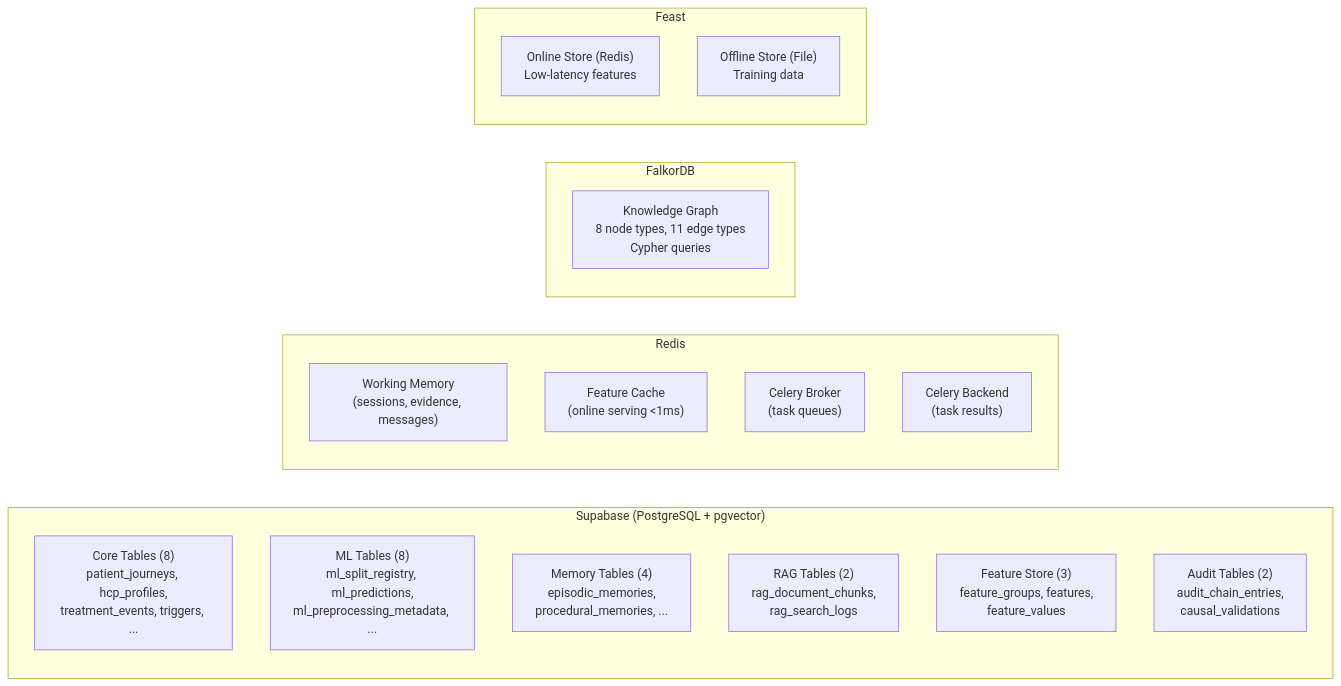
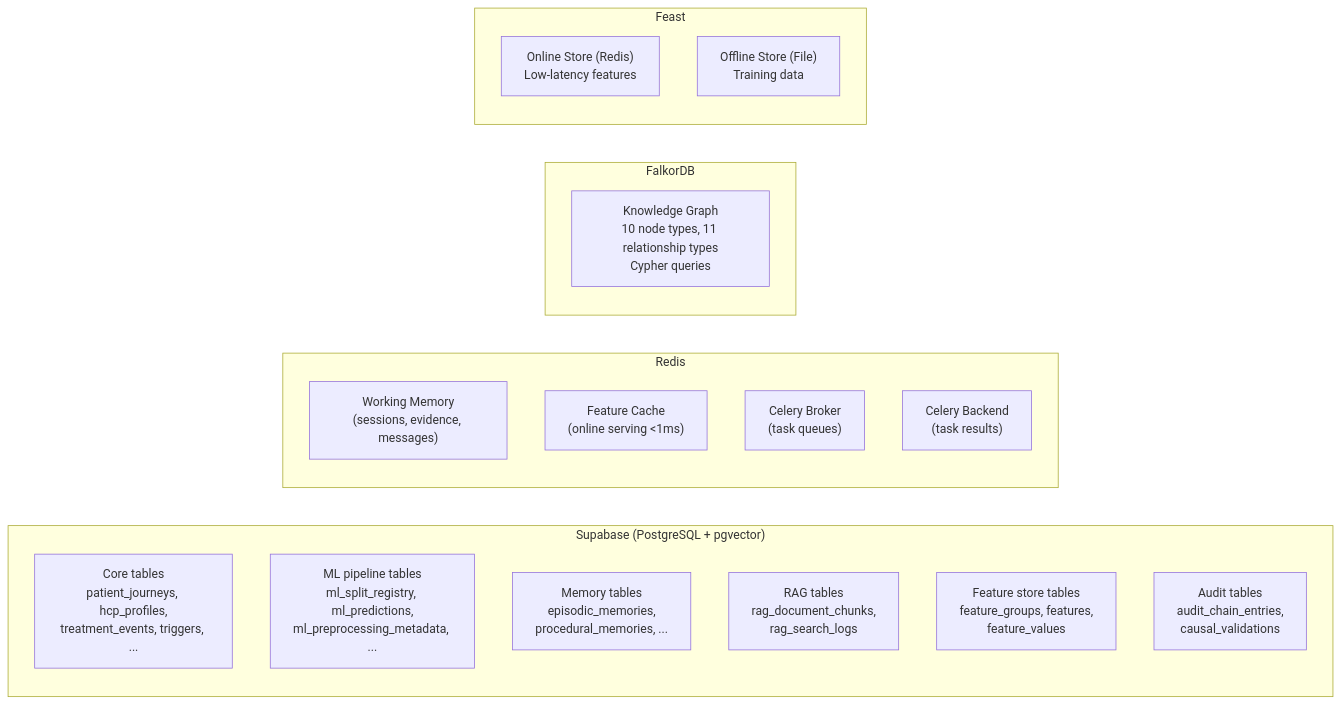
The fourth of 5 diagrams in docs/ARCHITECTURE.md (enunezvn/e2i_causal_analytics), drawn with Mermaid before and after one commit. The commit also changed other lines of this file, not shown here.

````diff
--- a/docs/ARCHITECTURE.md
+++ b/docs/ARCHITECTURE.md
@@ -629,27 +629,27 @@
 ```mermaid
 graph LR
     subgraph "Supabase (PostgreSQL + pgvector)"
-        CORE["Core Tables (8)<br/>patient_journeys, hcp_profiles,<br/>treatment_events, triggers, ..."]
-        ML["ML Tables (8)<br/>ml_split_registry, ml_predictions,<br/>ml_preprocessing_metadata, ..."]
-        MEM["Memory Tables (4)<br/>episodic_memories,<br/>procedural_memories, ..."]
-        RAG["RAG Tables (2)<br/>rag_document_chunks,<br/>rag_search_logs"]
-        FS["Feature Store (3)<br/>feature_groups, features,<br/>feature_values"]
-        AUDIT["Audit Tables (2)<br/>audit_chain_entries,<br/>causal_validations"]
+        CORE["Core tables<br/>patient_journeys, hcp_profiles,<br/>treatment_events, triggers, ..."]
+        ML["ML pipeline tables<br/>ml_split_registry, ml_predictions,<br/>ml_preprocessing_metadata, ..."]
+        MEM["Memory tables<br/>episodic_memories,<br/>procedural_memories, ..."]
+        RAG["RAG tables<br/>rag_document_chunks,<br/>rag_search_logs"]
+        FS["Feature store tables<br/>feature_groups, features,<br/>feature_values"]
+        AUDIT["Audit tables<br/>audit_chain_entries,<br/>causal_validations"]
     end
 
     subgraph "Redis"
         WM["Working Memory<br/>(sessions, evidence, messages)"]
         CACHE["Feature Cache<br/>(online serving <1ms)"]
         BROKER["Celery Broker<br/>(task queues)"]
         BACKEND["Celery Backend<br/>(task results)"]
     end
 
     subgraph "FalkorDB"
-        GRAPH["Knowledge Graph<br/>8 node types, 11 edge types<br/>Cypher queries"]
+        GRAPH["Knowledge Graph<br/>10 node types, 11 relationship types<br/>Cypher queries"]
     end
 
     subgraph "Feast"
         ONLINE["Online Store (Redis)<br/>Low-latency features"]
         OFFLINE["Offline Store (File)<br/>Training data"]
     end
 ```
````
